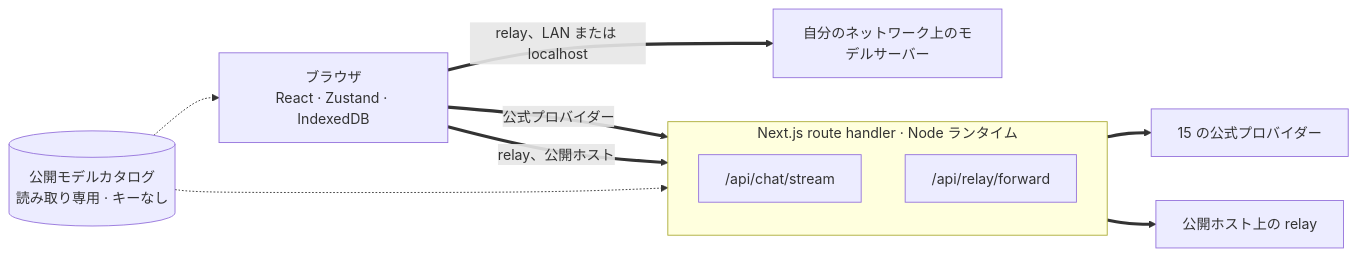
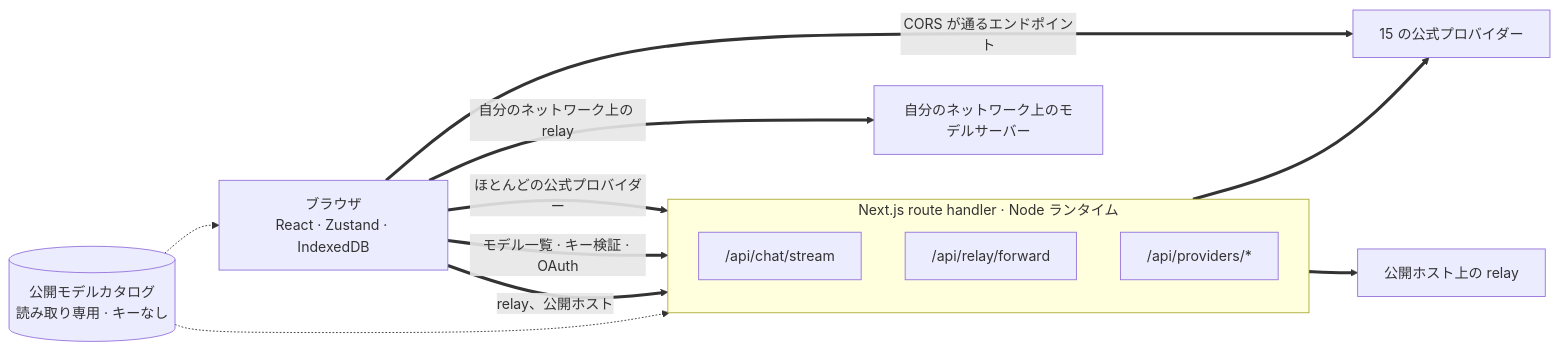
One commit to oriveo/oriveo changed the first of 2 diagrams in readme_i18n/ja/web.md. Above: the diagram before and after it, drawn with Mermaid. The commit also changed other lines of this file and 62 other files, not shown here.

````diff
--- a/readme_i18n/ja/web.md
+++ b/readme_i18n/ja/web.md
@@ -62,21 +62,24 @@
 ```mermaid
 flowchart LR
     browser["ブラウザ<br/>React · Zustand · IndexedDB"]
 
     subgraph server ["Next.js route handler · Node ランタイム"]
         direction TB
         chat["/api/chat/stream"]
         fwd["/api/relay/forward"]
+        prov["/api/providers/*"]
     end
 
     official["15 の公式プロバイダー"]
     pubrelay["公開ホスト上の relay"]
     lan["自分のネットワーク上のモデルサーバー"]
     catalog[("公開モデルカタログ<br/>読み取り専用 · キーなし")]
 
-    browser ==>|"公式プロバイダー"| chat ==> official
+    browser ==>|"ほとんどの公式プロバイダー"| chat ==> official
+    browser ==>|"モデル一覧 · キー検証 · OAuth"| prov
     browser ==>|"relay、公開ホスト"| fwd ==> pubrelay
-    browser ==>|"relay、LAN または localhost"| lan
+    browser ==>|"自分のネットワーク上の relay"| lan
+    browser ==>|"CORS が通るエンドポイント"| official
     catalog -.-> browser
     catalog -.-> chat
 ```
````
